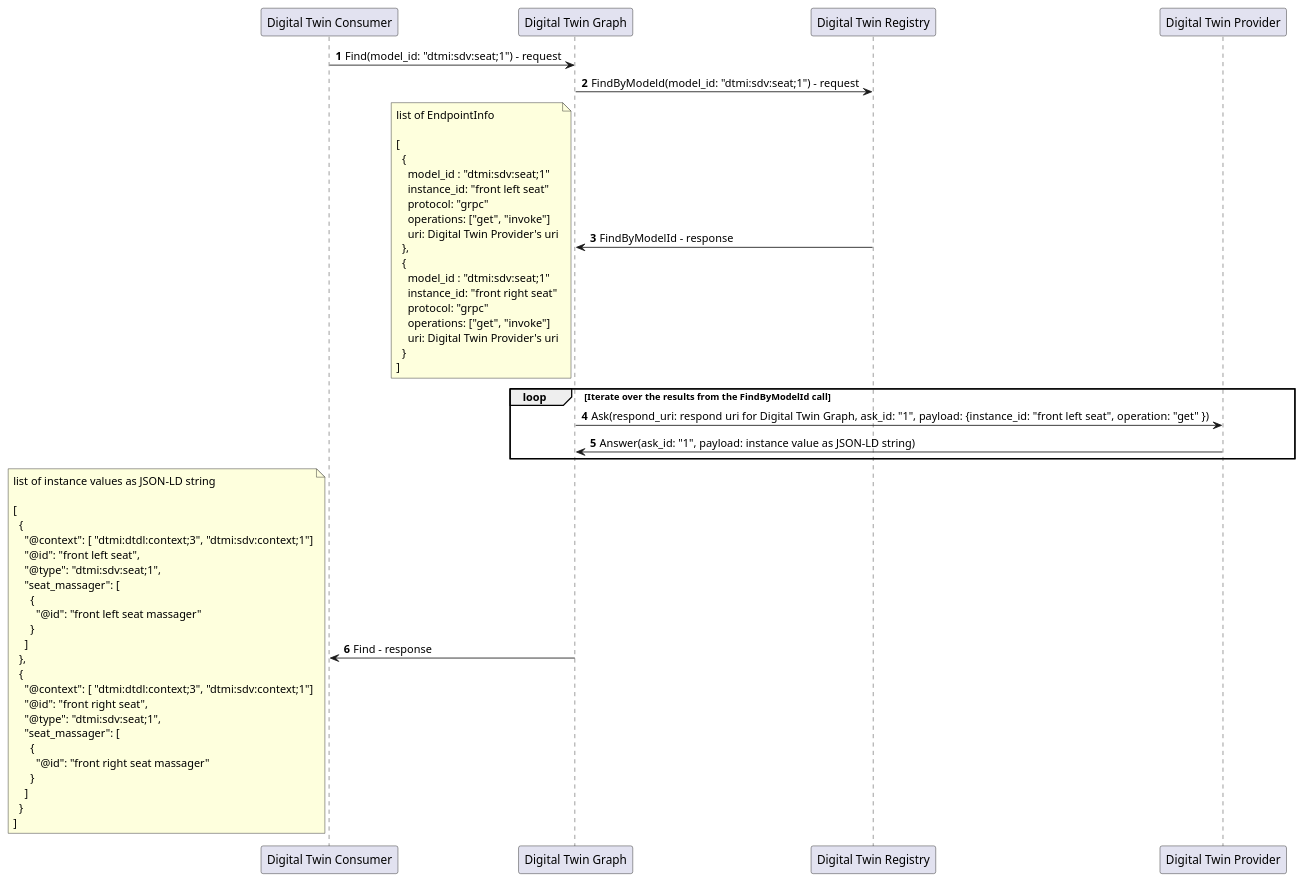
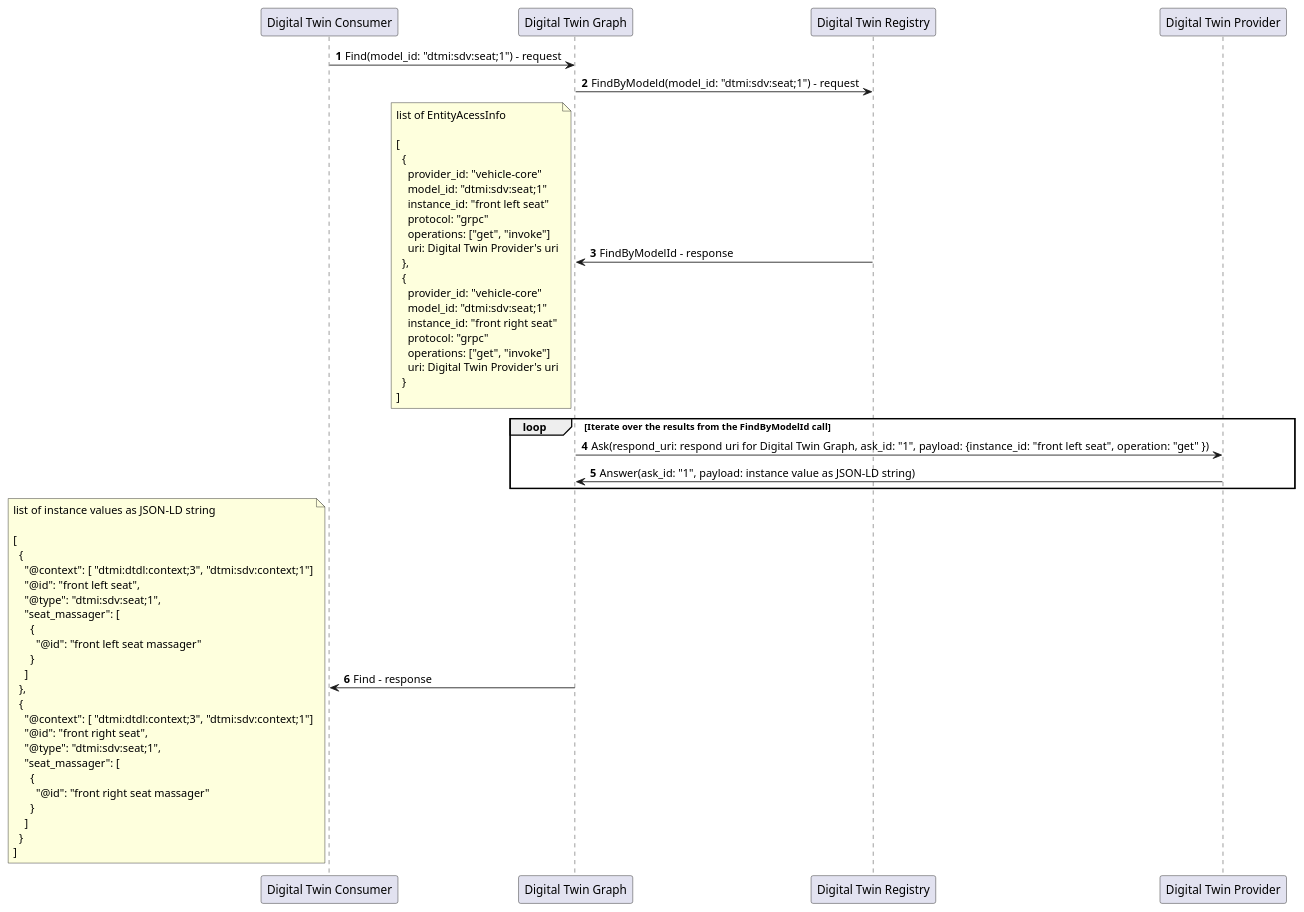
The diagram in docs/design/modules/digital_twin_graph/diagrams/find_sequence.puml (eclipse-ibeji/ibeji), drawn with PlantUML before and after one commit. The commit also changed 10 other files, not shown here.

Commit message:
Digital Twin Graph

```diff
--- a/docs/design/modules/digital_twin_graph/diagrams/find_sequence.puml
+++ b/docs/design/modules/digital_twin_graph/diagrams/find_sequence.puml
@@ -1,69 +1,71 @@
 @startuml
 
 autonumber
 
 participant "Digital Twin Consumer" as CONSUMER
 participant "Digital Twin Graph" as DIGITAL_TWIN_GRAPH
 participant "Digital Twin Registry" as DIGITAL_TWIN_REGISTRY
 participant "Digital Twin Provider" as PROVIDER
 
 CONSUMER -> DIGITAL_TWIN_GRAPH: Find(model_id: "dtmi:sdv:seat;1") - request
 
 DIGITAL_TWIN_GRAPH -> DIGITAL_TWIN_REGISTRY: FindByModeld(model_id: "dtmi:sdv:seat;1") - request
 
 DIGITAL_TWIN_GRAPH <- DIGITAL_TWIN_REGISTRY: FindByModelId - response
 note left
-  list of EndpointInfo
+  list of EntityAcessInfo
 
   [
     {
-      model_id : "dtmi:sdv:seat;1"
+      provider_id: "vehicle-core"
+      model_id: "dtmi:sdv:seat;1"
       instance_id: "front left seat"
       protocol: "grpc"
       operations: ["get", "invoke"]
       uri: Digital Twin Provider's uri
     },
     {
-      model_id : "dtmi:sdv:seat;1"
+      provider_id: "vehicle-core"
+      model_id: "dtmi:sdv:seat;1"
       instance_id: "front right seat"
       protocol: "grpc"
       operations: ["get", "invoke"]
       uri: Digital Twin Provider's uri
     }
   ]
 end note
 
 loop Iterate over the results from the FindByModelId call
   DIGITAL_TWIN_GRAPH -> PROVIDER: Ask(respond_uri: respond uri for Digital Twin Graph, ask_id: "1", payload: {instance_id: "front left seat", operation: "get" })
   DIGITAL_TWIN_GRAPH <- PROVIDER: Answer(ask_id: "1", payload: instance value as JSON-LD string)
 end
 
 CONSUMER <- DIGITAL_TWIN_GRAPH: Find - response
 note left
   list of instance values as JSON-LD string
 
   [
     {
       "@context": [ "dtmi:dtdl:context;3", "dtmi:sdv:context;1"]
       "@id": "front left seat",
       "@type": "dtmi:sdv:seat;1",
       "seat_massager": [
         {
           "@id": "front left seat massager"
         }
       ]
     },
     {
       "@context": [ "dtmi:dtdl:context;3", "dtmi:sdv:context;1"]
       "@id": "front right seat",
       "@type": "dtmi:sdv:seat;1",
       "seat_massager": [
         {
           "@id": "front right seat massager"
         }
       ]
     }
   ]
 end note
 
 @enduml
```
